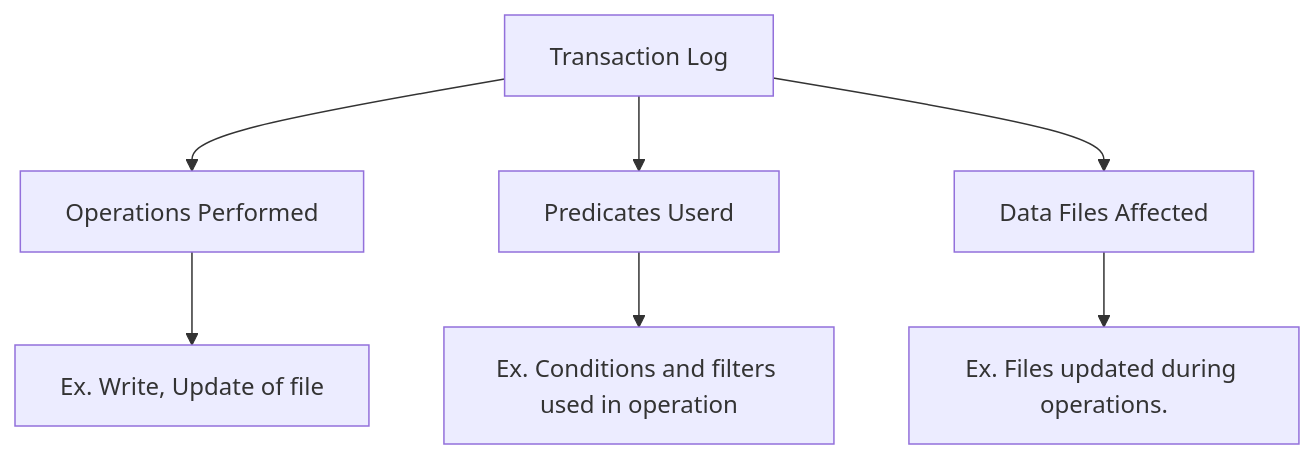
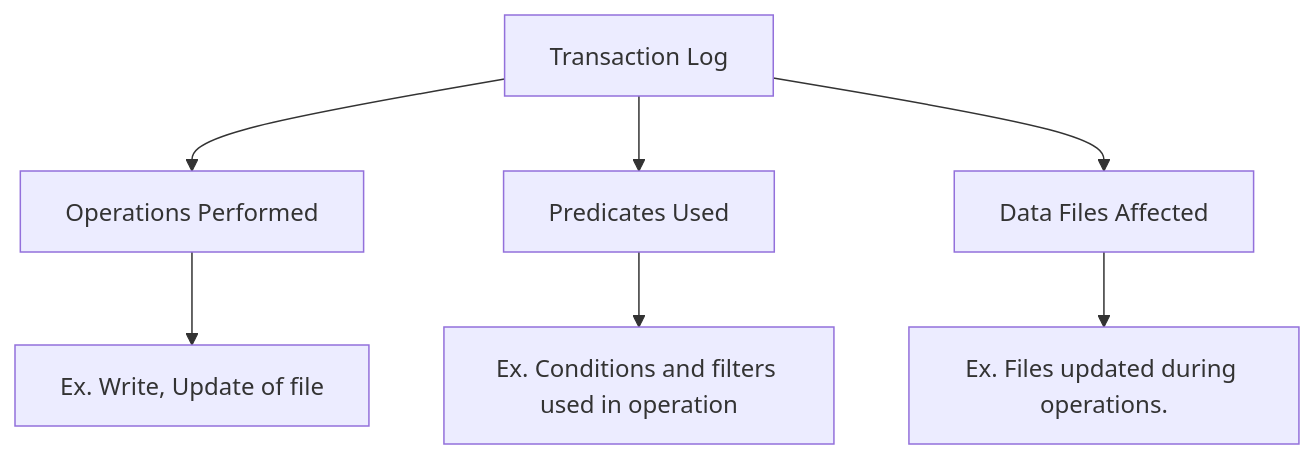
The diagram in delta_lake/DeltaLake.md (vegetariancoder/wordsToSpeak), drawn with Mermaid before and after one commit. The commit also changed 3 other files, not shown here.

````diff
--- a/delta_lake/DeltaLake.md
+++ b/delta_lake/DeltaLake.md
@@ -24,6 +24,6 @@
 ```mermaid
 flowchart TB
     A[Transaction Log] --> B[Operations Performed] -->E[Ex. Write, Update of file]
-    A[Transaction Log] --> C[Predicates Userd] -->F[Ex. Conditions and filters used in operation]
+    A[Transaction Log] --> C[Predicates Used] -->F[Ex. Conditions and filters used in operation]
     A[Transaction Log] --> D[Data Files Affected] -->G[Ex. Files updated during operations.]
 ```
````
